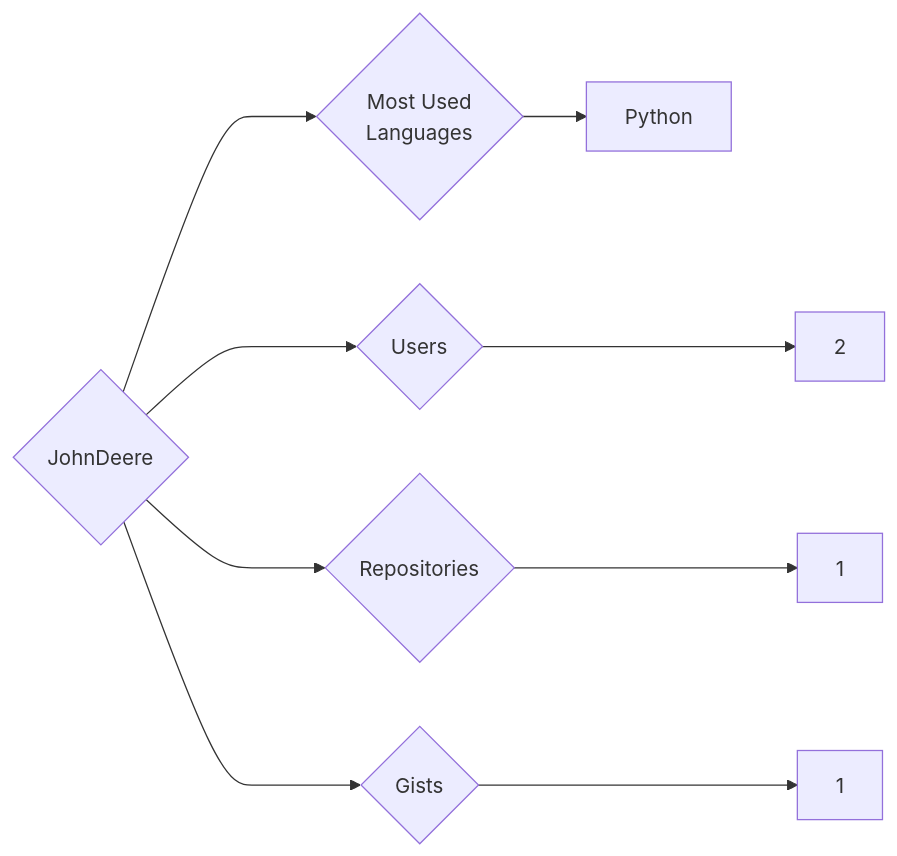
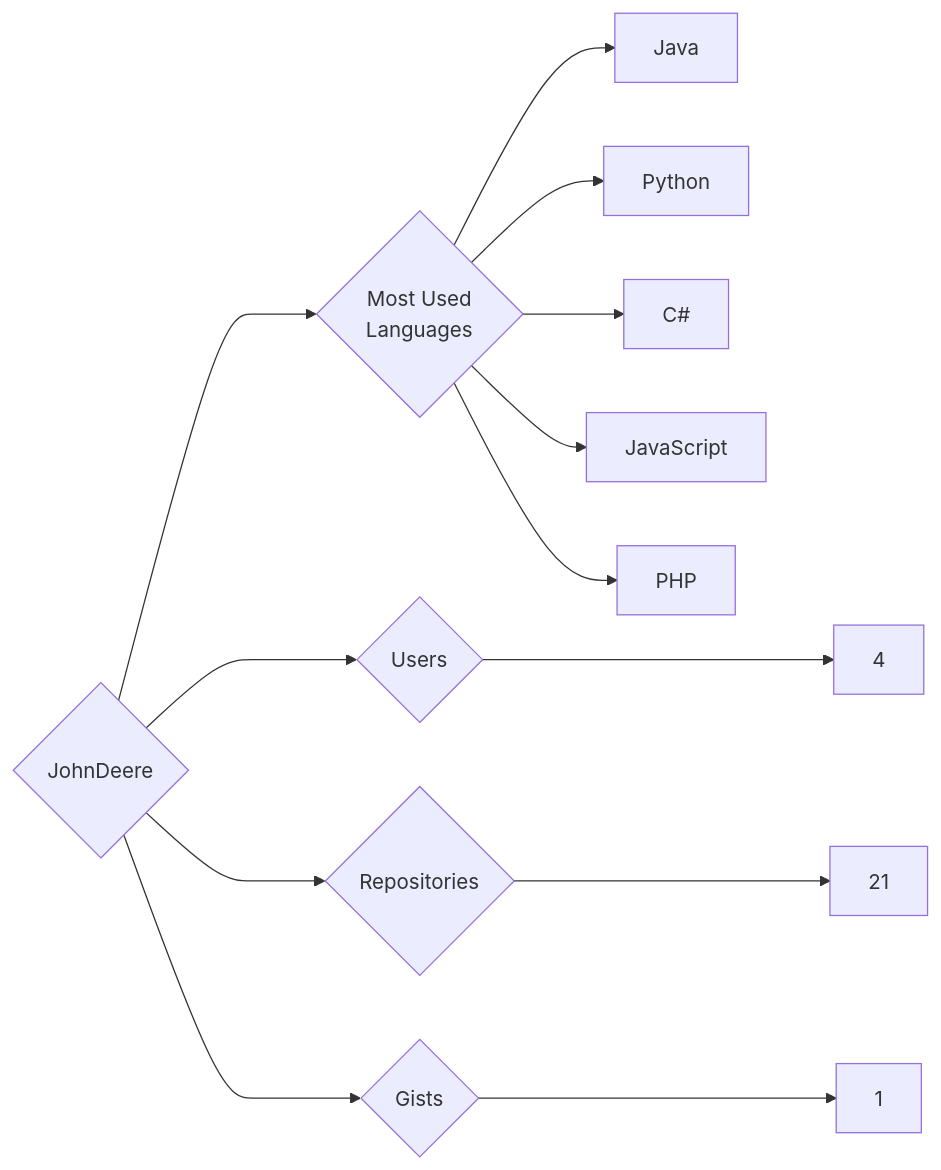
One commit to trickest/insiders changed the diagram in targets/JohnDeere/README.md. Above: the diagram before and after it, drawn with Mermaid. The commit also changed 750 other files, not shown here.

````diff
--- a/targets/JohnDeere/README.md
+++ b/targets/JohnDeere/README.md
@@ -3,9 +3,13 @@
 ```mermaid
 graph LR
 COMPANY_NAME{JohnDeere}
-COMPANY_NAME ---> U{Users} ---> UN[2]
-COMPANY_NAME ---> R{Repositories} ---> RN[1]
+COMPANY_NAME ---> U{Users} ---> UN[4]
+COMPANY_NAME ---> R{Repositories} ---> RN[21]
 COMPANY_NAME ---> G{Gists} ---> GN[1]
 COMPANY_NAME ---> ML{Most Used<br>Languages}
+ML --> Java[Java]
 ML --> Python[Python]
+ML --> C#[C#]
+ML --> JavaScript[JavaScript]
+ML --> PHP[PHP]
 ```
````
